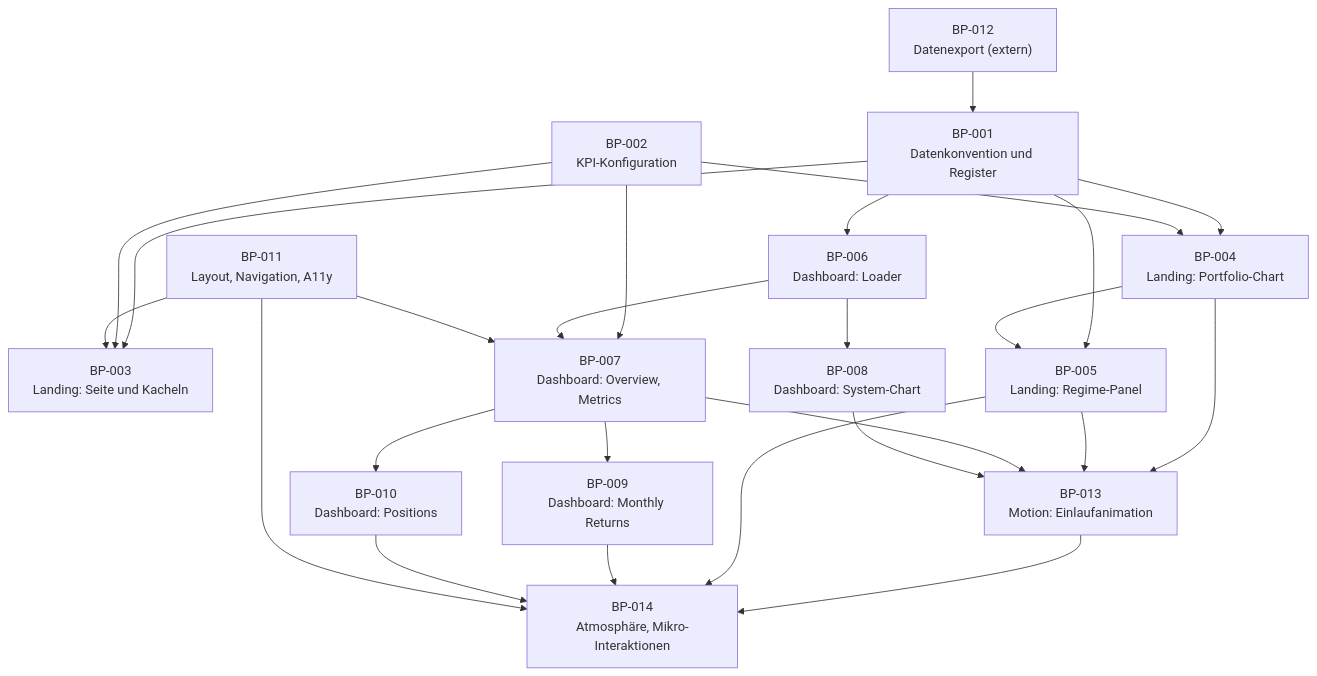
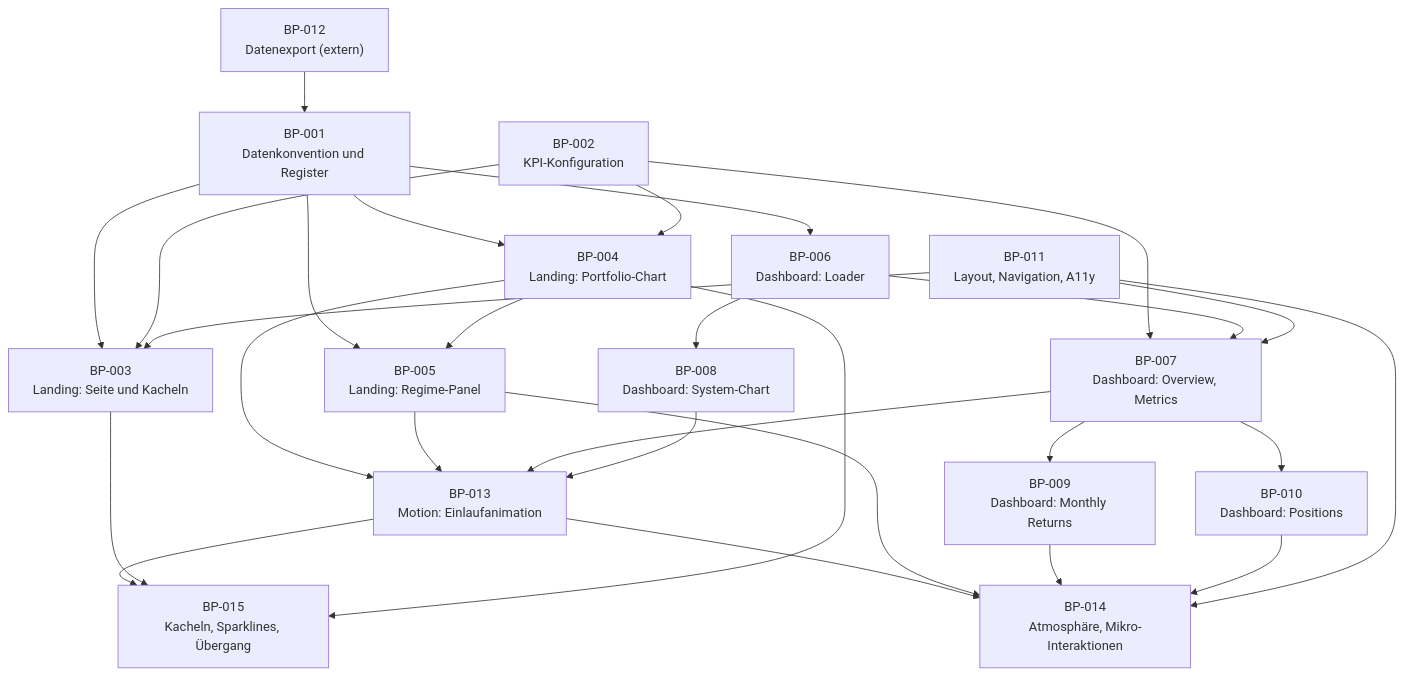
The diagram in docs/sdd/build_plan.md (github-ascnet/WL-Trading-Systems-Overview), drawn with Mermaid before and after one commit. The commit also changed other lines of this file and 9 other files, not shown here.

````diff
--- a/docs/sdd/build_plan.md
+++ b/docs/sdd/build_plan.md
@@ -44,42 +44,46 @@
 ```mermaid
 flowchart TD
     BP001["BP-001<br/>Datenkonvention und Register"]
     BP002["BP-002<br/>KPI-Konfiguration"]
     BP003["BP-003<br/>Landing: Seite und Kacheln"]
     BP004["BP-004<br/>Landing: Portfolio-Chart"]
     BP005["BP-005<br/>Landing: Regime-Panel"]
     BP006["BP-006<br/>Dashboard: Loader"]
     BP007["BP-007<br/>Dashboard: Overview, Metrics"]
     BP008["BP-008<br/>Dashboard: System-Chart"]
     BP009["BP-009<br/>Dashboard: Monthly Returns"]
     BP010["BP-010<br/>Dashboard: Positions"]
     BP011["BP-011<br/>Layout, Navigation, A11y"]
     BP012["BP-012<br/>Datenexport (extern)"]
     BP013["BP-013<br/>Motion: Einlaufanimation"]
     BP014["BP-014<br/>Atmosphäre, Mikro-Interaktionen"]
+    BP015["BP-015<br/>Kacheln, Sparklines, Übergang"]
 
     BP012 --> BP001
     BP001 --> BP003
     BP001 --> BP004
     BP001 --> BP005
     BP001 --> BP006
     BP002 --> BP003
     BP002 --> BP004
     BP002 --> BP007
     BP006 --> BP007
     BP007 --> BP009
     BP007 --> BP010
     BP006 --> BP008
     BP004 --> BP005
     BP011 --> BP003
     BP011 --> BP007
     BP004 --> BP013
     BP005 --> BP013
     BP007 --> BP013
     BP008 --> BP013
     BP013 --> BP014
     BP005 --> BP014
     BP009 --> BP014
     BP010 --> BP014
     BP011 --> BP014
+    BP013 --> BP015
+    BP003 --> BP015
+    BP004 --> BP015
 ```
````
